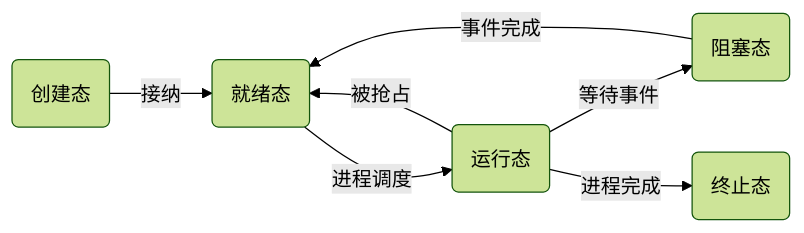
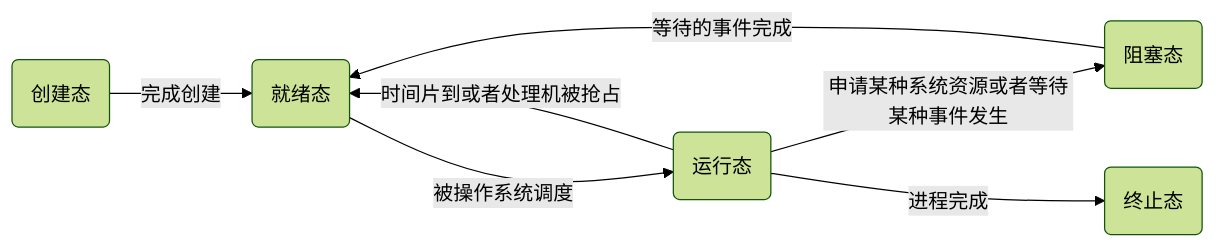
The diagram in 操作系统/进程管理.md (GreenHandHand/markdown-note), drawn with Mermaid (forest theme) before and after one commit. The commit also changed other lines of this file and 3 other files, not shown here.

````diff
--- a/操作系统/进程管理.md
+++ b/操作系统/进程管理.md
@@ -31,9 +58,9 @@
 ```mermaid
 flowchart LR
-A("创建态")-->|接纳|B("就绪态")
-B-->|进程调度|C("运行态")
-C-->|被抢占|B
-C-->|等待事件|D("阻塞态")
-D-->|事件完成|B
+A("创建态")-->|完成创建|B("就绪态")
+B-->|被操作系统调度|C("运行态")
+C-->|申请某种系统资源或者等待某种事件发生|D("阻塞态")
+C-->|时间片到或者处理机被抢占|B
+D-->|等待的事件完成|B
 C-->|进程完成|E("终止态")
 ```
````
